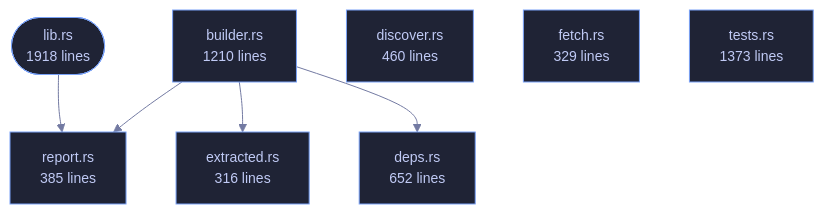
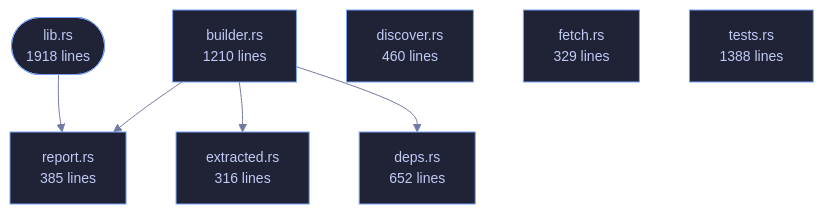
One commit to tilas01/veilvoice changed the diagram in crates/veilvoice-verify/README.md. Above: the diagram before and after it, drawn with Mermaid. The commit also changed other lines of this file and 121 other files, not shown here.

````diff
--- a/crates/veilvoice-verify/README.md
+++ b/crates/veilvoice-verify/README.md
@@ -93,24 +93,24 @@
 ```mermaid
 %%{init: {"theme":"base","themeVariables":{"background":"#1a1b26","primaryColor":"#1f2335","primaryTextColor":"#c0caf5","primaryBorderColor":"#7aa2f7","secondaryColor":"#16161e","tertiaryColor":"#16161e","lineColor":"#737aa2","textColor":"#c0caf5","mainBkg":"#1f2335","nodeBorder":"#7aa2f7","clusterBkg":"#16161e","clusterBorder":"#2f3549","fontFamily":"ui-monospace, SFMono-Regular, Consolas, monospace","fontSize":"14px"}}}%%
 flowchart TD
     n_lib(["lib.rs<br/>1918 lines"])
     n_builder["builder.rs<br/>1210 lines"]
     n_deps["deps.rs<br/>652 lines"]
     n_discover["discover.rs<br/>460 lines"]
     n_extracted["extracted.rs<br/>316 lines"]
     n_fetch["fetch.rs<br/>329 lines"]
     n_report["report.rs<br/>385 lines"]
-    n_tests["tests.rs<br/>1373 lines"]
+    n_tests["tests.rs<br/>1388 lines"]
     n_builder --> n_deps
     n_builder --> n_extracted
     n_builder --> n_report
     n_lib --> n_report
     click n_lib href "https://github.com/tilas01/veilvoice/blob/main/crates/veilvoice-verify/src/lib.rs" "open the source"
     click n_builder href "https://github.com/tilas01/veilvoice/blob/main/crates/veilvoice-verify/src/builder.rs" "open the source"
     click n_deps href "https://github.com/tilas01/veilvoice/blob/main/crates/veilvoice-verify/src/deps.rs" "open the source"
     click n_discover href "https://github.com/tilas01/veilvoice/blob/main/crates/veilvoice-verify/src/discover.rs" "open the source"
     click n_extracted href "https://github.com/tilas01/veilvoice/blob/main/crates/veilvoice-verify/src/extracted.rs" "open the source"
     click n_fetch href "https://github.com/tilas01/veilvoice/blob/main/crates/veilvoice-verify/src/fetch.rs" "open the source"
     click n_report href "https://github.com/tilas01/veilvoice/blob/main/crates/veilvoice-verify/src/report.rs" "open the source"
     click n_tests href "https://github.com/tilas01/veilvoice/blob/main/crates/veilvoice-verify/src/tests.rs" "open the source"
 ```
````
